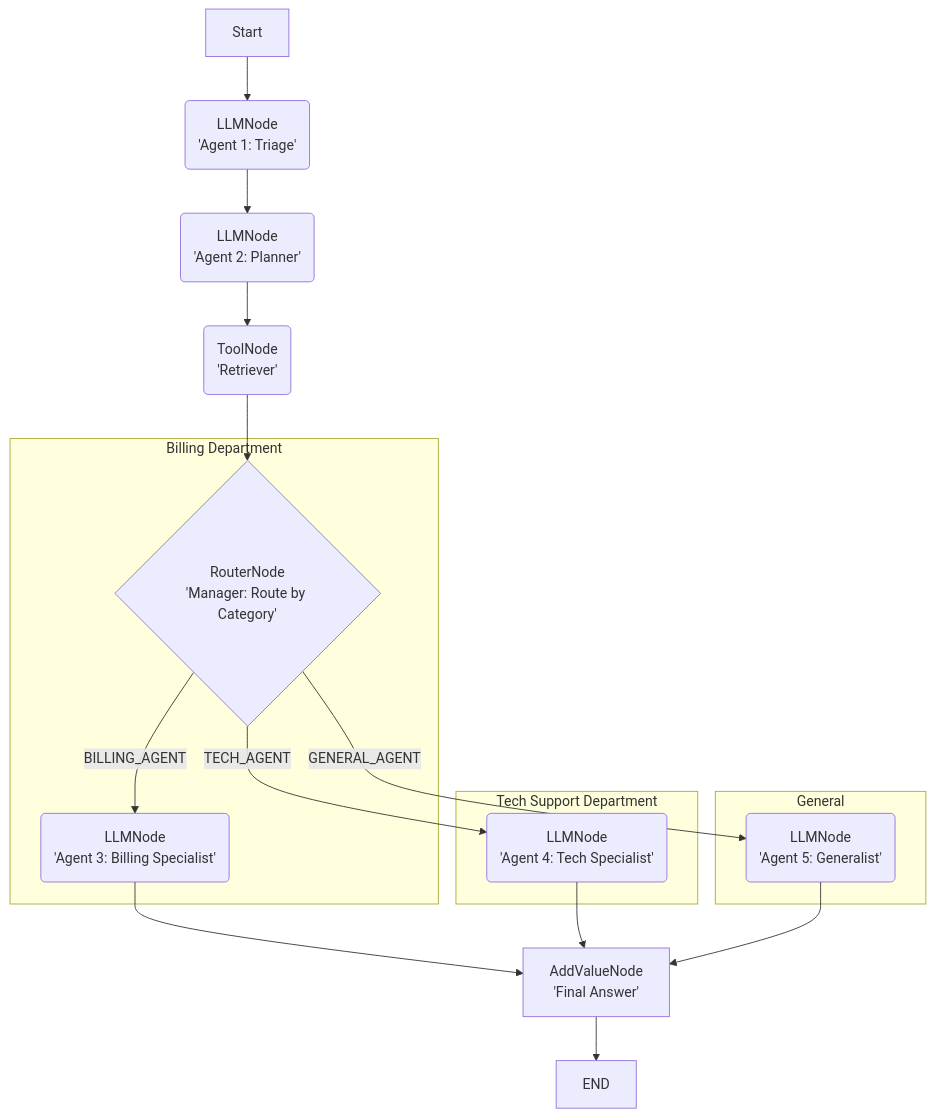
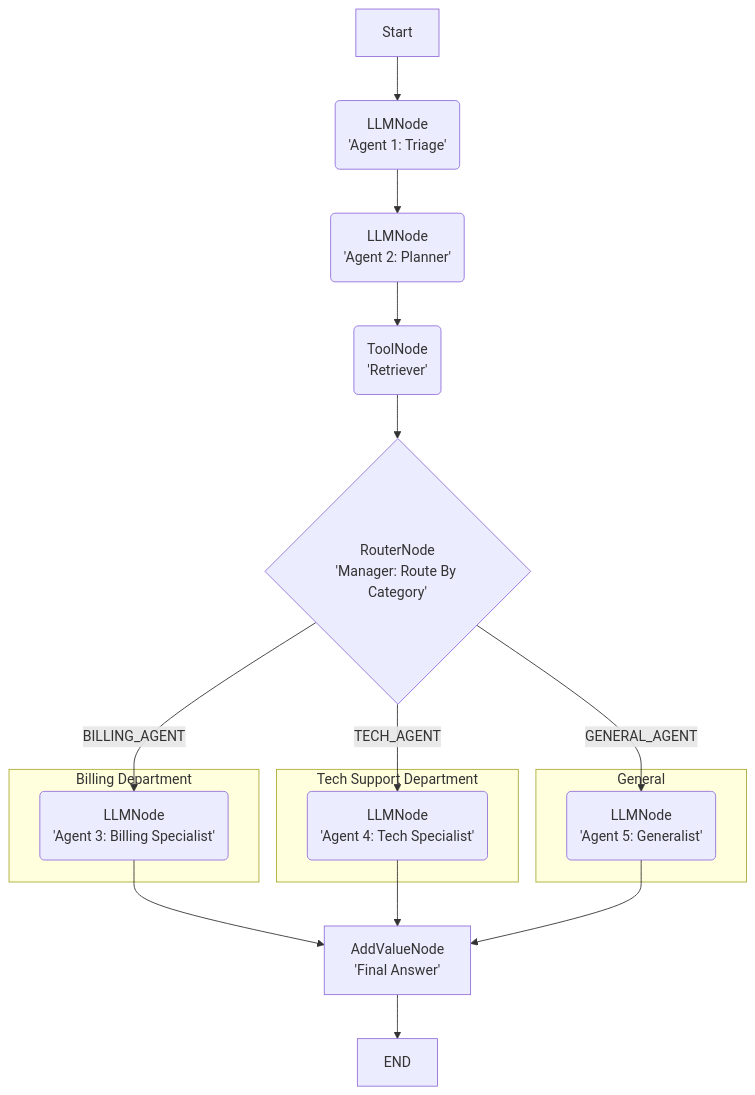
Before and after one commit to partech2015/lar: the diagram in README.md, drawn with Mermaid. The commit also changed other lines of this file, not shown here.

````diff
--- a/README.md
+++ b/README.md
@@ -142,24 +143,33 @@
 ```mermaid
 graph TD
     A[Start] --> B(LLMNode<br/>'Agent 1: Triage');
     B --> C(LLMNode<br/>'Agent 2: Planner');
     C --> D(ToolNode<br/>'Retriever');
-    D --> E{RouterNode<br/>'Manager: Route by Category'};
     
+    %% This is the "hub" node
+    D --> E{RouterNode<br/>'Manager: Route By Category'};
+    
+    %% Define the three parallel paths
+    E -- "BILLING_AGENT" --> F;
+    E -- "TECH_AGENT" --> G;
+    E -- "GENERAL_AGENT" --> H;
+
+    %% Define what's INSIDE the subgraphs
     subgraph "Billing Department"
-        E -- "BILLING_AGENT" --> F(LLMNode<br/>'Agent 3: Billing Specialist');
+        F(LLMNode<br/>'Agent 3: Billing Specialist');
     end
 
     subgraph "Tech Support Department"
-        E -- "TECH_AGENT" --> G(LLMNode<br/>'Agent 4: Tech Specialist');
+        G(LLMNode<br/>'Agent 4: Tech Specialist');
+    end
+    
+    subgraph "General"
+        H(LLMNode<br/>'Agent 5: Generalist');
     end
 
-    subgraph "General"
-        E -- "GENERAL_AGENT" --> H(LLMNode<br/>'Agent 5: Generalist');
-    end
-
+    %% Define the "join" point
     F --> I[AddValueNode<br/>'Final Answer'];
     G --> I;
     H --> I;
     I --> J[END];
 ```
````
